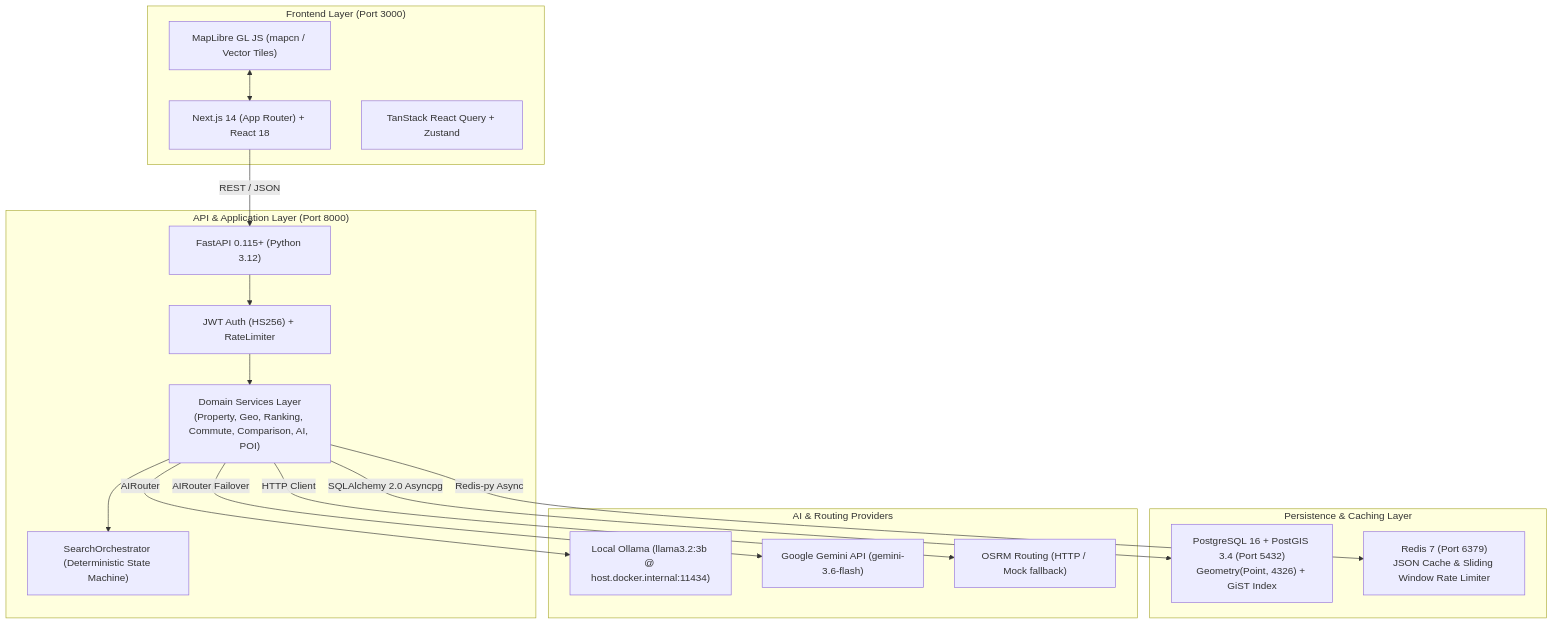
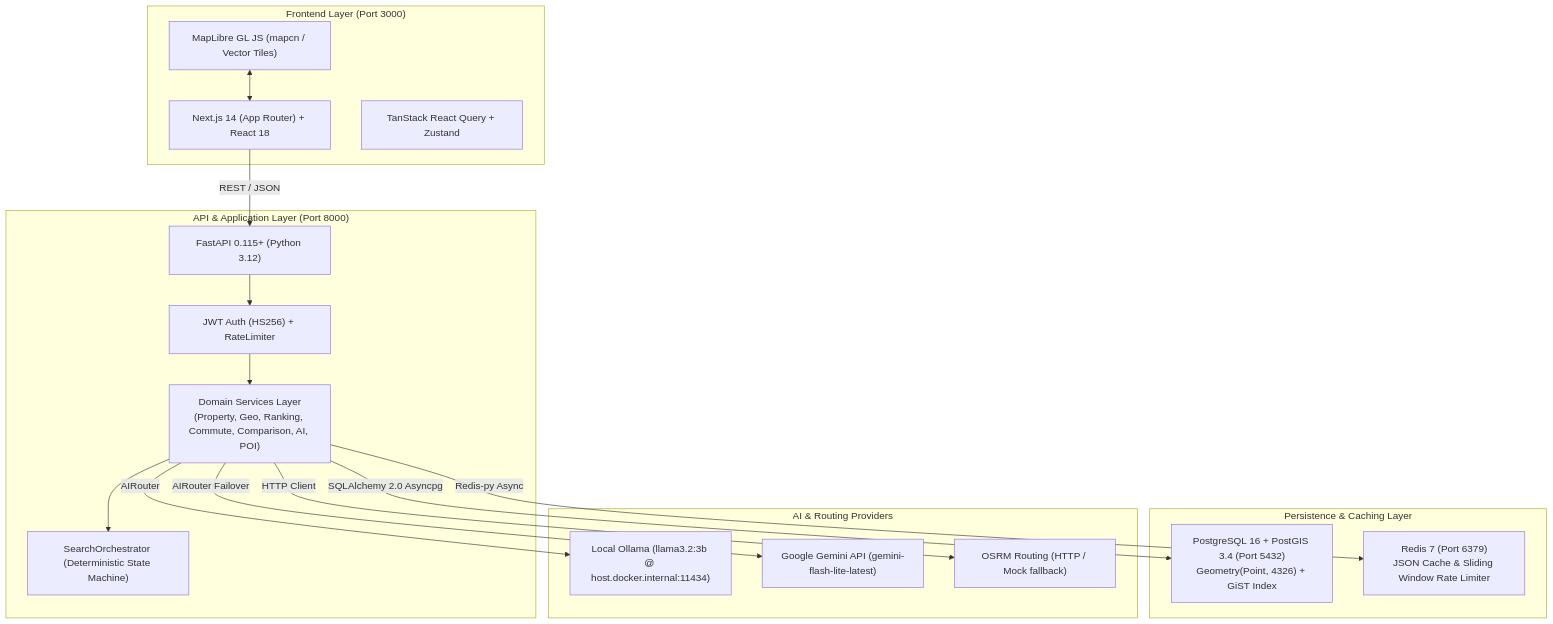
The diagram in docs/mastery/ARCHITECTURE.md (Ramakrishnan-2002/EstatemapAI), drawn with Mermaid before and after one commit. The commit also changed other lines of this file and 10 other files, not shown here.

````diff
--- a/docs/mastery/ARCHITECTURE.md
+++ b/docs/mastery/ARCHITECTURE.md
@@ -14,36 +14,36 @@
 ```mermaid
 flowchart TD
     subgraph Client["Frontend Layer (Port 3000)"]
         Next["Next.js 14 (App Router) + React 18"]
         ML["MapLibre GL JS (mapcn / Vector Tiles)"]
         State["TanStack React Query + Zustand"]
     end
 
     subgraph Gateway["API & Application Layer (Port 8000)"]
         FastAPI["FastAPI 0.115+ (Python 3.12)"]
         Sec["JWT Auth (HS256) + RateLimiter"]
         Services["Domain Services Layer<br>(Property, Geo, Ranking, Commute, Comparison, AI, POI)"]
         Orch["SearchOrchestrator (Deterministic State Machine)"]
     end
 
     subgraph Data["Persistence & Caching Layer"]
         PG["PostgreSQL 16 + PostGIS 3.4 (Port 5432)<br>Geometry(Point, 4326) + GiST Index"]
         RD["Redis 7 (Port 6379)<br>JSON Cache & Sliding Window Rate Limiter"]
     end
 
     subgraph External["AI & Routing Providers"]
         Ollama["Local Ollama (llama3.2:3b @ host.docker.internal:11434)"]
-        Gemini["Google Gemini API (gemini-3.6-flash)"]
+        Gemini["Google Gemini API (gemini-flash-lite-latest)"]
         OSRM["OSRM Routing (HTTP / Mock fallback)"]
     end
 
     Next -->|REST / JSON| FastAPI
     ML <--> Next
     FastAPI --> Sec --> Services
     Services --> Orch
     Services -->|SQLAlchemy 2.0 Asyncpg| PG
     Services -->|Redis-py Async| RD
     Services -->|AIRouter| Ollama
     Services -->|AIRouter Failover| Gemini
     Services -->|HTTP Client| OSRM
 ```
````
